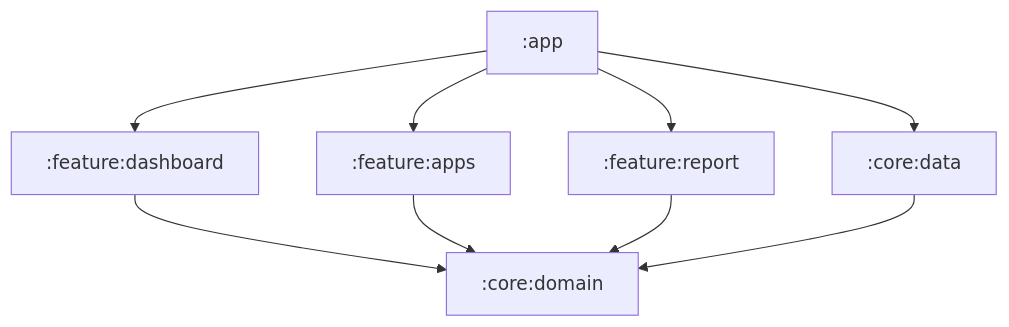
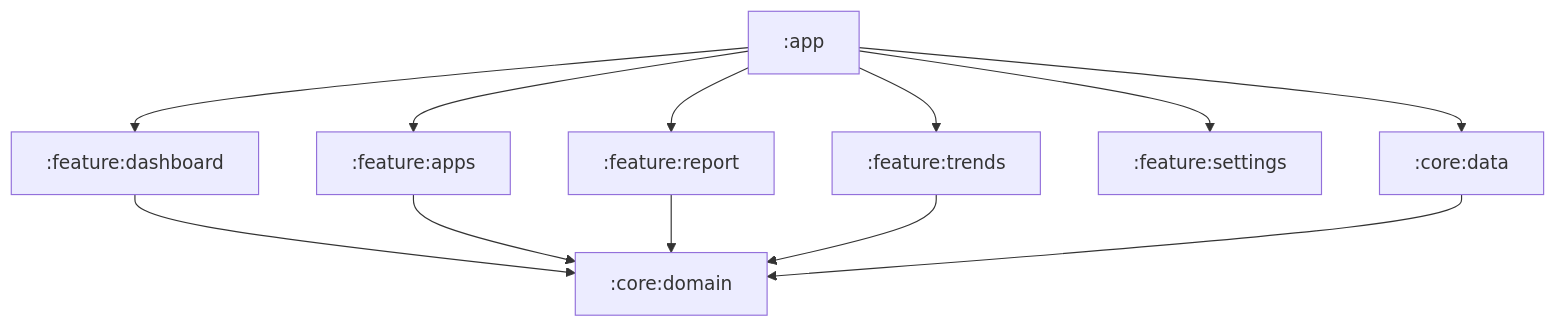
One commit to aylar23/Battery-Thermal-Profiler changed the diagram in README.md. Above: the diagram before and after it, drawn with Mermaid. The commit also changed other lines of this file and 4 other files, not shown here.

````diff
--- a/README.md
+++ b/README.md
@@ -16,11 +33,14 @@
 ```mermaid
 flowchart TD
   app[:app] --> dash[:feature:dashboard]
   app --> apps[:feature:apps]
   app --> report[:feature:report]
+  app --> trends[:feature:trends]
+  app --> settings[:feature:settings]
   dash --> domain[:core:domain]
   apps --> domain
   report --> domain
+  trends --> domain
   app --> data[:core:data]
   data --> domain
 ```
````
